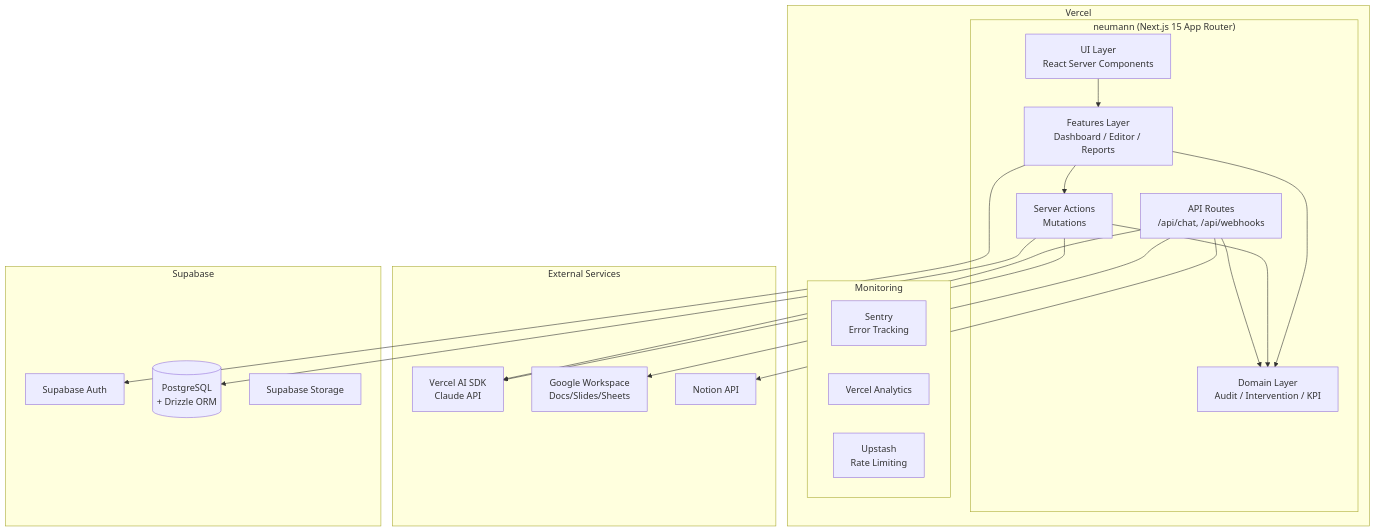
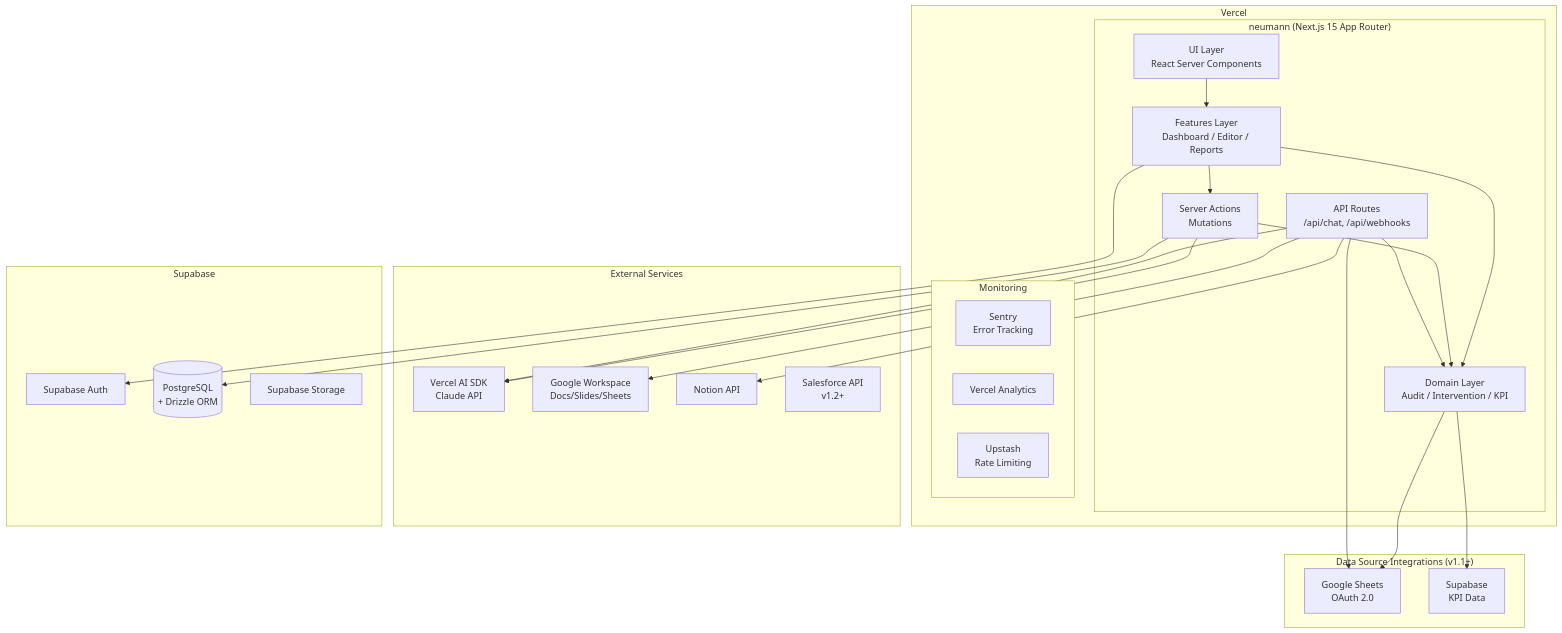
The diagram in docs/02_product/architecture.md (thedomainai/neumann), drawn with Mermaid before and after one commit. The commit also changed other lines of this file and 3 other files, not shown here.

````diff
--- a/docs/02_product/architecture.md
+++ b/docs/02_product/architecture.md
@@ -12,43 +12,53 @@
 ```mermaid
 graph TB
     subgraph "Vercel"
         subgraph "neumann (Next.js 15 App Router)"
             UI[UI Layer<br/>React Server Components]
             Features[Features Layer<br/>Dashboard / Editor / Reports]
             Actions[Server Actions<br/>Mutations]
             Domain[Domain Layer<br/>Audit / Intervention / KPI]
             API[API Routes<br/>/api/chat, /api/webhooks]
         end
 
         subgraph "Monitoring"
             Sentry[Sentry<br/>Error Tracking]
             Analytics[Vercel Analytics]
             Upstash[Upstash<br/>Rate Limiting]
         end
     end
 
     UI --> Features
     Features --> Domain
     Features --> Actions
     Actions --> Domain
     API --> Domain
 
     subgraph "External Services"
         AI[Vercel AI SDK<br/>Claude API]
         GWS[Google Workspace<br/>Docs/Slides/Sheets]
         NotionAPI[Notion API]
+        Salesforce[Salesforce API<br/>v1.2+]
+    end
+
+    subgraph "Data Source Integrations (v1.1+)"
+        GoogleSheets[Google Sheets<br/>OAuth 2.0]
+        SupabaseData[Supabase<br/>KPI Data]
     end
 
     subgraph "Supabase"
         Auth[Supabase Auth]
         DB[(PostgreSQL<br/>+ Drizzle ORM)]
         Storage[Supabase Storage]
     end
 
     Actions --> AI
     Actions --> DB
     API --> AI
     API --> GWS
     API --> NotionAPI
     Features --> Auth
+
+    Domain --> GoogleSheets
+    Domain --> SupabaseData
+    API --> GoogleSheets
 ```
````
